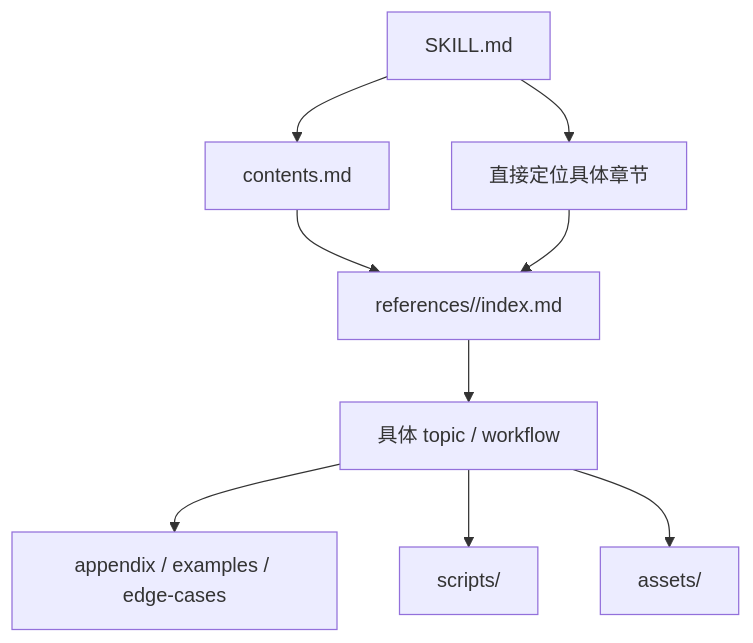
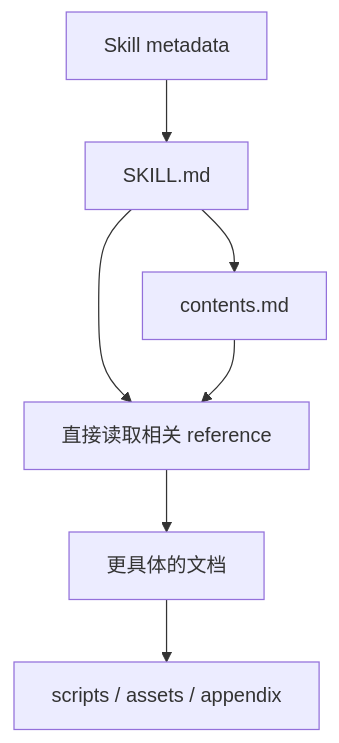
Before and after one commit to LUOXIAO92/some_useful_experience: the diagram in skills_organization/compromise_of_multi-domains_zh.md, drawn with Mermaid. The commit also changed other lines of this file, not shown here.

````diff
--- a/skills_organization/compromise_of_multi-domains_zh.md
+++ b/skills_organization/compromise_of_multi-domains_zh.md
@@ -160,14 +208,11 @@
 ```mermaid
 flowchart TD
-    A["SKILL.md"] --> B["直接定位具体章节"]
-    A --> C["contents.md"]
+    A["Skill metadata"] --> B["SKILL.md"]
 
-    C --> D["references/<chapter>/index.md"]
-    B --> D
+    B --> C["直接读取相关 reference"]
+    B --> D["contents.md"]
 
-    D --> E["具体 topic / workflow"]
-    E --> F["appendix / examples / edge-cases"]
-
-    E --> G["scripts/"]
-    E --> H["assets/"]
+    D --> C
+    C --> E["更具体的文档"]
+    E --> F["scripts / assets / appendix"]
 ```
````
